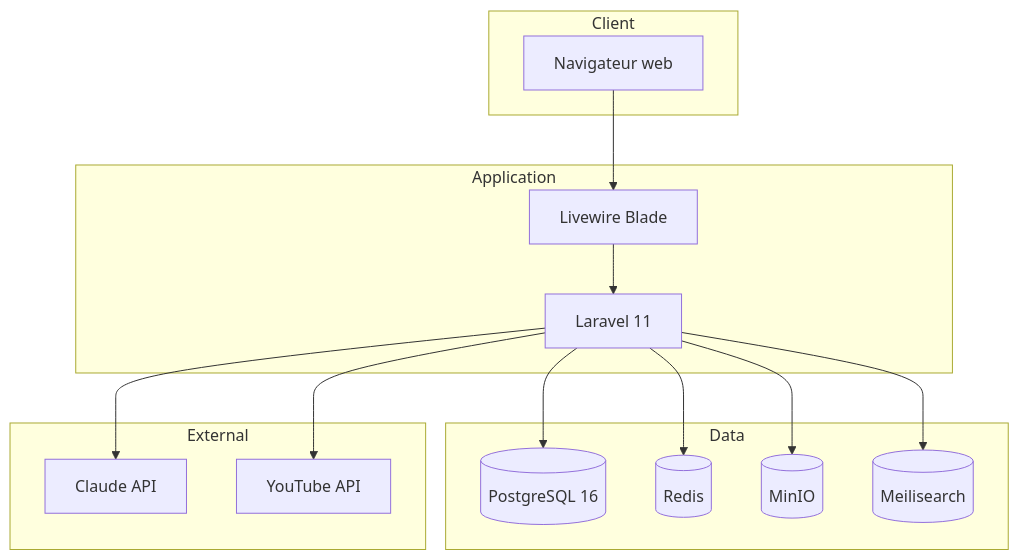
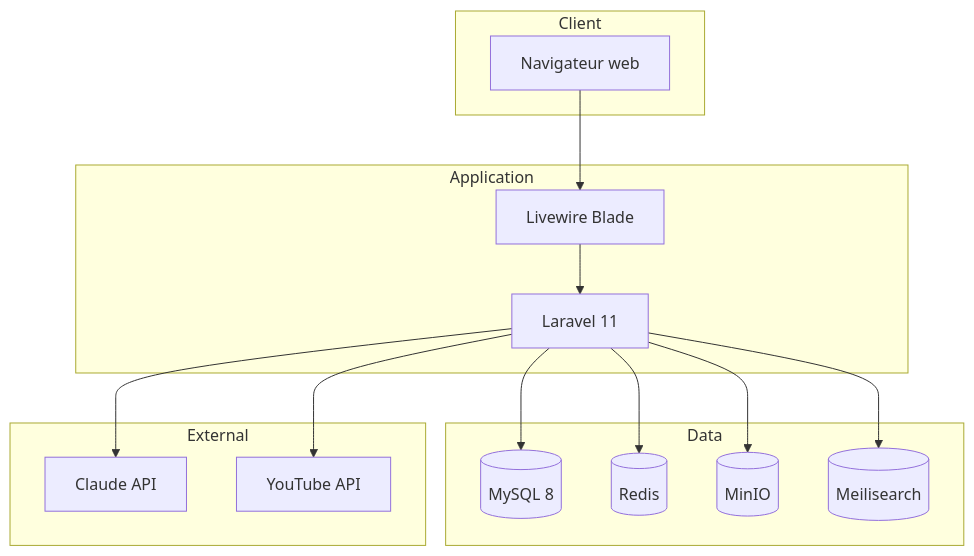
The first of 13 diagrams in docs/RAPPORT.md (Claude20022002/StudyLib), drawn with Mermaid before and after one commit. The commit also changed other lines of this file and 1 other file, not shown here.

Commit message:
Mettre à jour la documentation pour refléter le changement de PostgreSQL 16 à MySQL 8 dans AGENT_CONTEXT.md et RAPPORT.md

````diff
--- a/docs/RAPPORT.md
+++ b/docs/RAPPORT.md
@@ -151,32 +151,32 @@
 ```mermaid
 flowchart TB
     subgraph Client
         B[Navigateur web]
     end
 
     subgraph Application
         L[Laravel 11]
         LW[Livewire Blade]
     end
 
     subgraph Data
-        PG[(PostgreSQL 16)]
+        SQL[(MySQL 8)]
         R[(Redis)]
         M[(MinIO)]
         MS[(Meilisearch)]
     end
 
     subgraph External
         CL[Claude API]
         YT[YouTube API]
     end
 
     B --> LW
     LW --> L
-    L --> PG
+    L --> SQL
     L --> R
     L --> M
     L --> MS
     L --> CL
     L --> YT
 ```
````
